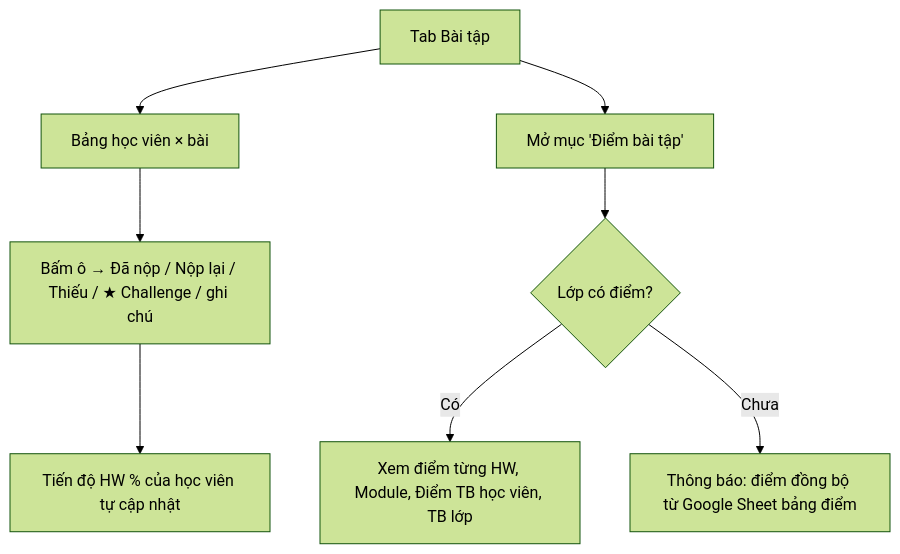
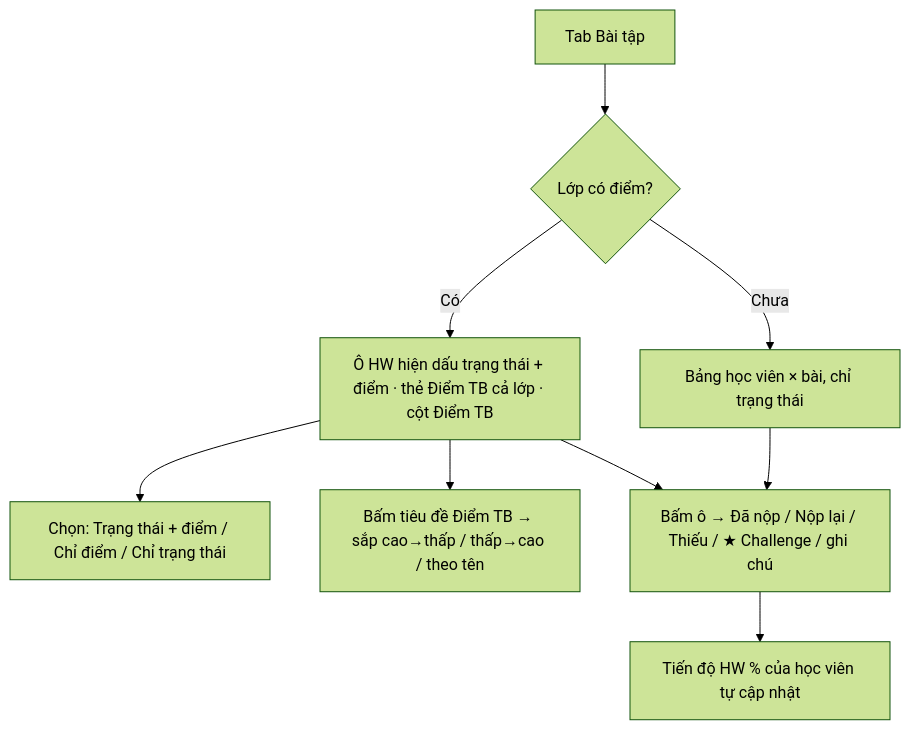
Before and after one commit to fuku-tn/class-manager: the third of 10 diagrams in Documents/2-giao-dien/user-flow.md, drawn with Mermaid (forest theme). The commit also changed other lines of this file and 9 other files, not shown here.

Commit message:
Rà soát tài liệu: trang Lịch, điểm trong ô Bài tập, sao lưu 3 bản, vùng Seoul, 159 test; dọn việc đã xong

````diff
--- a/Documents/2-giao-dien/user-flow.md
+++ b/Documents/2-giao-dien/user-flow.md
@@ -84,10 +85,11 @@
 ```mermaid
 flowchart TD
-  A[Tab Bài tập] --> B[Bảng học viên × bài]
+  A[Tab Bài tập] --> F{Lớp có điểm?}
+  F -- Có --> G["Ô HW hiện dấu trạng thái + điểm · thẻ Điểm TB cả lớp · cột Điểm TB"]
+  F -- Chưa --> B[Bảng học viên × bài, chỉ trạng thái]
+  G --> M["Chọn: Trạng thái + điểm / Chỉ điểm / Chỉ trạng thái"]
+  G --> S["Bấm tiêu đề Điểm TB → sắp cao→thấp / thấp→cao / theo tên"]
+  G --> C
   B --> C[Bấm ô → Đã nộp / Nộp lại / Thiếu / ★ Challenge / ghi chú]
   C --> D[Tiến độ HW % của học viên tự cập nhật]
-  A --> E[Mở mục 'Điểm bài tập']
-  E --> F{Lớp có điểm?}
-  F -- Có --> G[Xem điểm từng HW, Module, Điểm TB học viên, TB lớp]
-  F -- Chưa --> H["Thông báo: điểm đồng bộ từ Google Sheet bảng điểm"]
 ```
````
